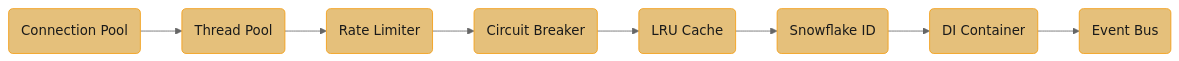
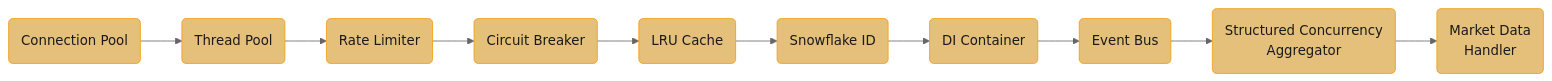
The diagram in src/main/java/com/rutik/systemdesign/java/case_studies/case_studies.md (rppol/system-design), drawn with Mermaid (neutral theme) before and after one commit. The commit also changed other lines of this file and 62 other files, not shown here.

````diff
--- a/src/main/java/com/rutik/systemdesign/java/case_studies/case_studies.md
+++ b/src/main/java/com/rutik/systemdesign/java/case_studies/case_studies.md
@@ -109,20 +117,22 @@
 ```mermaid
 flowchart LR
     classDef io      fill:#61afef,stroke:#2e86c1,color:#1a1a1a,font-weight:bold
     classDef frozen  fill:#c678dd,stroke:#9b59b6,color:#fff
     classDef train   fill:#98c379,stroke:#27ae60,color:#1a1a1a
     classDef mathOp  fill:#d19a66,stroke:#e67e22,color:#1a1a1a,font-weight:bold
     classDef lossN   fill:#e06c75,stroke:#c0392b,color:#fff,font-weight:bold
     classDef req     fill:#56b6c2,stroke:#0097a7,color:#1a1a1a
     classDef base    fill:#e5c07b,stroke:#f39c12,color:#1a1a1a
 
     cp(Connection Pool) --> tp(Thread Pool)
     tp --> rl(Rate Limiter)
     rl --> cb(Circuit Breaker)
     cb --> lru(LRU Cache)
     lru --> sf(Snowflake ID)
     sf --> di(DI Container)
     di --> eb(Event Bus)
+    eb --> sc(Structured Concurrency<br/>Aggregator)
+    sc --> md(Market Data<br/>Handler)
 
-    class cp,tp,rl,cb,lru,sf,di,eb base
+    class cp,tp,rl,cb,lru,sf,di,eb,sc,md base
 ```
````
